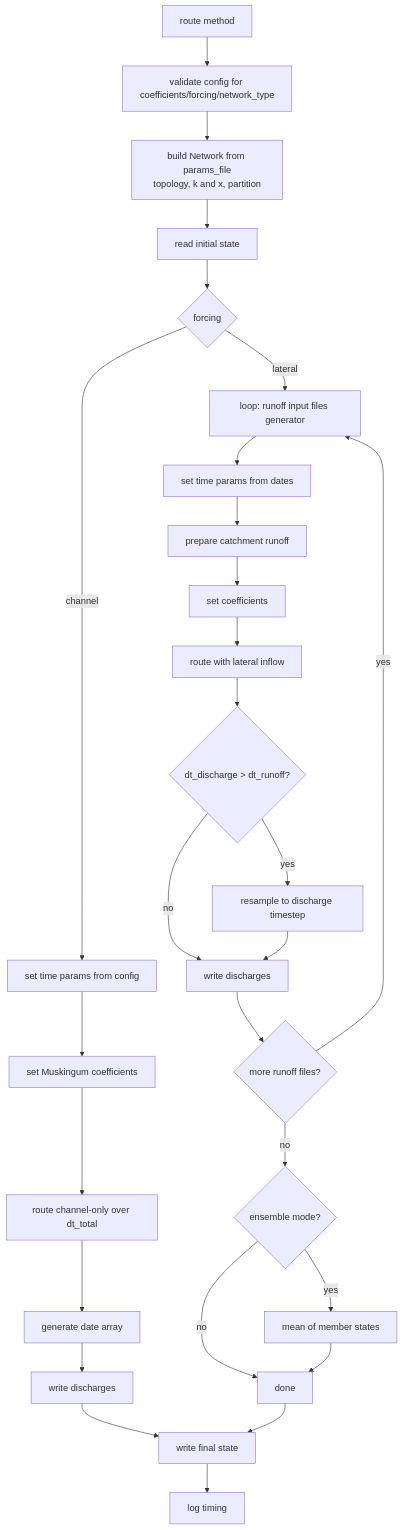
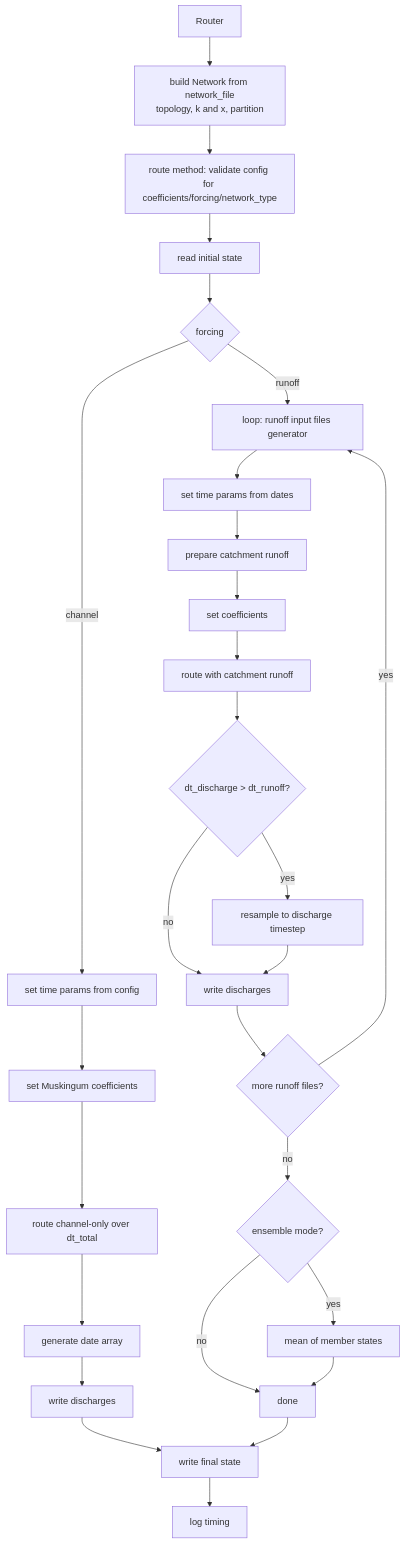
One commit to rileyhales/river-route changed the diagram in docs/tutorial/advanced.md. Above: the diagram before and after it, drawn with Mermaid. The commit also changed other lines of this file and 48 other files, not shown here.

````diff
--- a/docs/tutorial/advanced.md
+++ b/docs/tutorial/advanced.md
@@ -3,33 +3,33 @@
 ```mermaid
 graph TD
-    A[route method] --> B[validate config for coefficients/forcing/network_type]
-    B --> C[build Network from params_file<br/>topology, k and x, partition]
-    C --> D[read initial state]
+    A[Router] --> C[build Network from network_file<br/>topology, k and x, partition]
+    C --> B[route method: validate config for coefficients/forcing/network_type]
+    B --> D[read initial state]
     D --> E{forcing}
 
     E -->|channel| F[set time params from config]
     F --> G[set Muskingum coefficients]
     G --> H[route channel-only over dt_total]
     H --> I[generate date array]
     I --> J[write discharges]
 
-    E -->|lateral| K[loop: runoff input files generator]
+    E -->|runoff| K[loop: runoff input files generator]
     K --> L[set time params from dates]
     L --> M[prepare catchment runoff]
     M --> N[set coefficients]
-    N --> O[route with lateral inflow]
+    N --> O[route with catchment runoff]
     O --> P{dt_discharge > dt_runoff?}
     P -->|yes| Q[resample to discharge timestep]
     P -->|no| R[write discharges]
     Q --> R
     R --> S{more runoff files?}
     S -->|yes| K
     S -->|no| T{ensemble mode?}
     T -->|yes| U[mean of member states]
     T -->|no| V[done]
     U --> V
 
     J --> W[write final state]
     V --> W
     W --> X[log timing]
 ```
````
